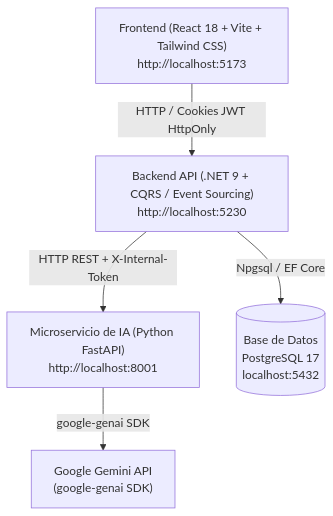
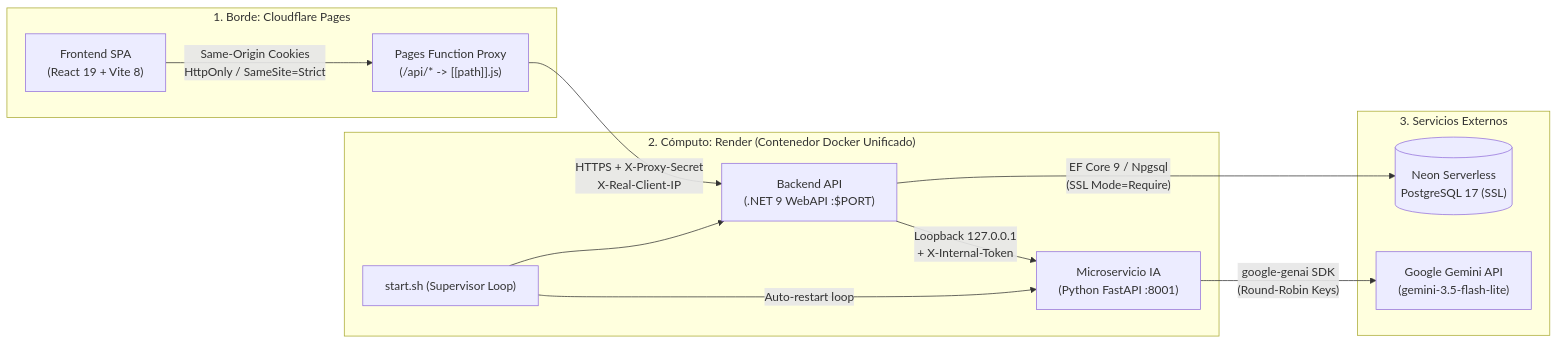
The diagram in README.md (JJoelM/GamificationProject), drawn with Mermaid before and after one commit. The commit also changed other lines of this file, not shown here.

````diff
--- a/README.md
+++ b/README.md
@@ -11,13 +23,27 @@
 ```mermaid
-flowchart TD
-    Client["Frontend (React 18 + Vite + Tailwind CSS)\nhttp://localhost:5173"]
-    API["Backend API (.NET 9 + CQRS / Event Sourcing)\nhttp://localhost:5230"]
-    AI["Microservicio de IA (Python FastAPI)\nhttp://localhost:8001"]
-    DB[("Base de Datos\nPostgreSQL 17\nlocalhost:5432")]
-    Gemini["Google Gemini API\n(google-genai SDK)"]
+flowchart LR
+    subgraph CF["1. Borde: Cloudflare Pages"]
+        SPA["Frontend SPA\n(React 19 + Vite 8)"]
+        Proxy["Pages Function Proxy\n(/api/* -> [[path]].js)"]
+        SPA -->|"Same-Origin Cookies\nHttpOnly / SameSite=Strict"| Proxy
+    end
 
-    Client -->|HTTP / Cookies JWT HttpOnly| API
-    API -->|Npgsql / EF Core| DB
-    API -->|HTTP REST + X-Internal-Token| AI
-    AI -->|google-genai SDK| Gemini
+    subgraph RN["2. Cómputo: Render (Contenedor Docker Unificado)"]
+        API["Backend API\n(.NET 9 WebAPI :$PORT)"]
+        Supervisor["start.sh (Supervisor Loop)"]
+        IA["Microservicio IA\n(Python FastAPI :8001)"]
+
+        Supervisor --> API
+        Supervisor -->|"Auto-restart loop"| IA
+        Proxy -->|"HTTPS + X-Proxy-Secret\nX-Real-Client-IP"| API
+        API -->|"Loopback 127.0.0.1\n+ X-Internal-Token"| IA
+    end
+
+    subgraph EXT["3. Servicios Externos"]
+        DB[("Neon Serverless\nPostgreSQL 17 (SSL)")]
+        Gemini["Google Gemini API\n(gemini-3.5-flash-lite)"]
+
+        API -->|"EF Core 9 / Npgsql\n(SSL Mode=Require)"| DB
+        IA -->|"google-genai SDK\n(Round-Robin Keys)"| Gemini
+    end
 ```
````
